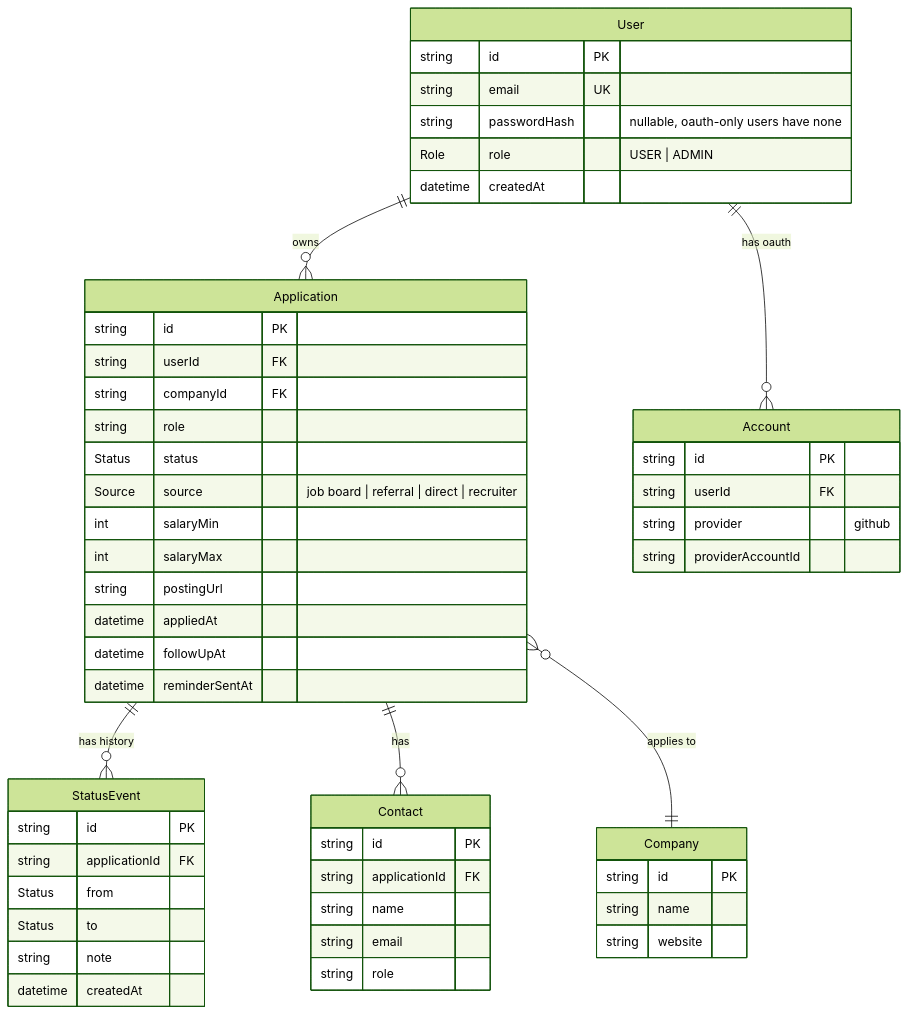
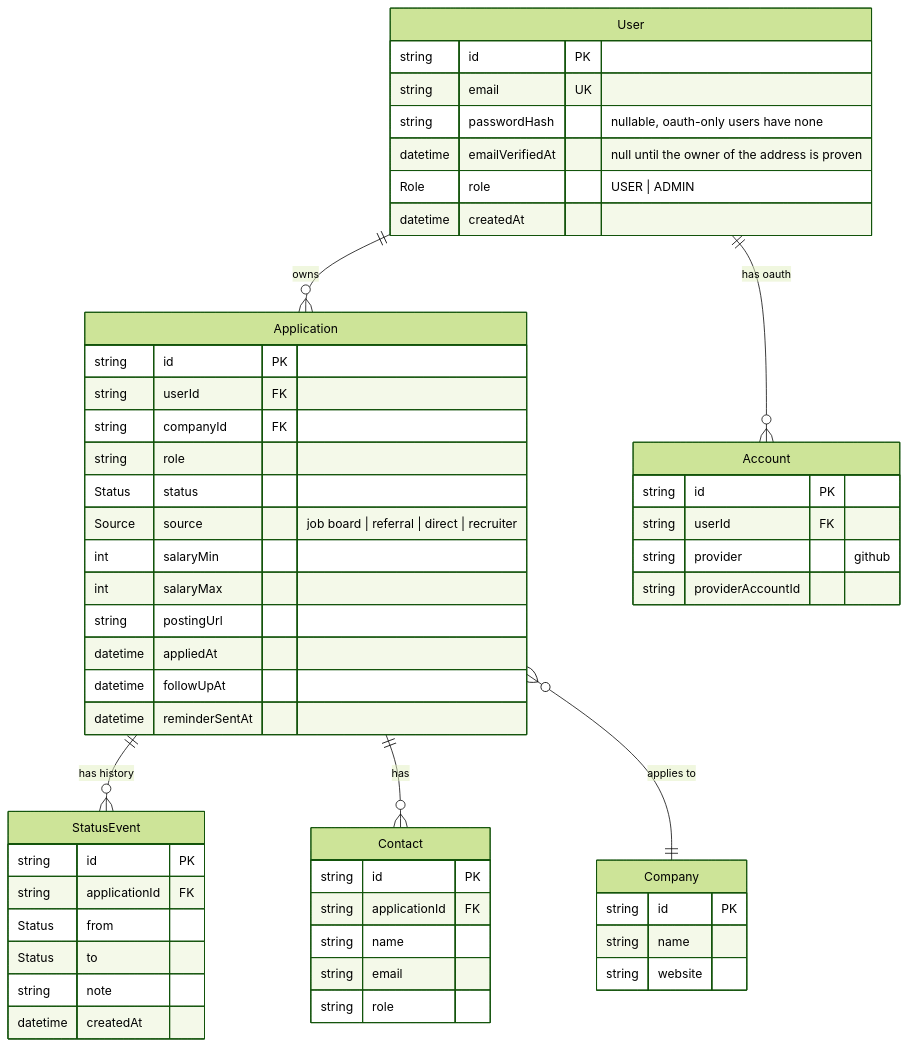
The second of 2 diagrams in README.md (aahmoh04/job-application-tracker-AM), drawn with Mermaid (forest theme) before and after one commit. The commit also changed other lines of this file and 23 other files, not shown here.

````diff
--- a/README.md
+++ b/README.md
@@ -182,56 +182,57 @@
 ```mermaid
 erDiagram
     User ||--o{ Application : owns
     User ||--o{ Account : "has oauth"
     Application ||--o{ StatusEvent : "has history"
     Application ||--o{ Contact : "has"
     Application }o--|| Company : "applies to"
 
     User {
         string id PK
         string email UK
         string passwordHash "nullable, oauth-only users have none"
+        datetime emailVerifiedAt "null until the owner of the address is proven"
         Role role "USER | ADMIN"
         datetime createdAt
     }
     Account {
         string id PK
         string userId FK
         string provider "github"
         string providerAccountId
     }
     Company {
         string id PK
         string name
         string website
     }
     Application {
         string id PK
         string userId FK
         string companyId FK
         string role
         Status status
         Source source "job board | referral | direct | recruiter"
         int salaryMin
         int salaryMax
         string postingUrl
         datetime appliedAt
         datetime followUpAt
         datetime reminderSentAt
     }
     StatusEvent {
         string id PK
         string applicationId FK
         Status from
         Status to
         string note
         datetime createdAt
     }
     Contact {
         string id PK
         string applicationId FK
         string name
         string email
         string role
     }
 ```
````
